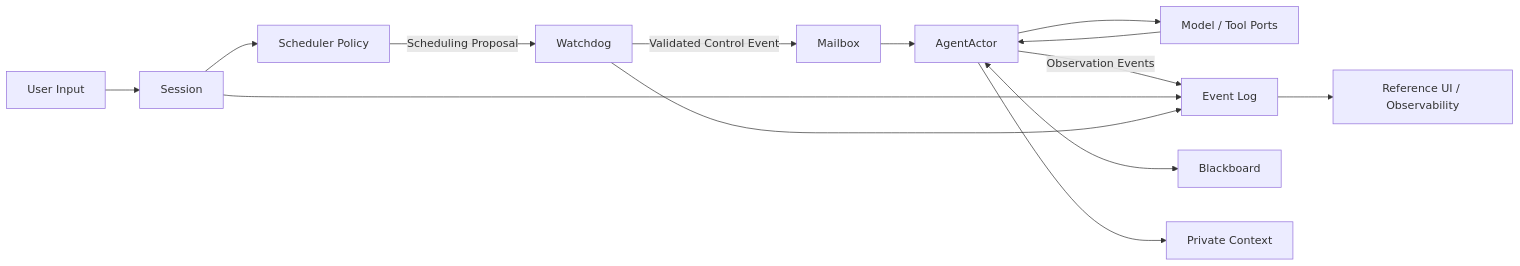
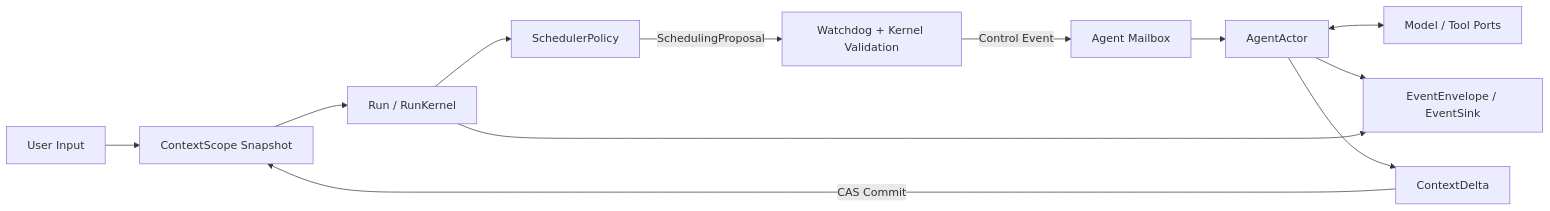
One commit to Haiyang-Bian/bottled-water changed the diagram in docs/runtime/architecture.md. Above: the diagram before and after it, drawn with Mermaid. The commit also changed other lines of this file and 13 other files, not shown here.

````diff
--- a/docs/runtime/architecture.md
+++ b/docs/runtime/architecture.md
@@ -22,16 +35,14 @@
 ```mermaid
 flowchart LR
-    U["User Input"] --> S["Session"]
-    S --> P["Scheduler Policy"]
-    P -->|"Scheduling Proposal"| W["Watchdog"]
-    W -->|"Validated Control Event"| M["Mailbox"]
+    U["User Input"] --> C["ContextScope Snapshot"]
+    C --> R["Run / RunKernel"]
+    R --> P["SchedulerPolicy"]
+    P -->|"SchedulingProposal"| W["Watchdog + Kernel Validation"]
+    W -->|"Control Event"| M["Agent Mailbox"]
     M --> A["AgentActor"]
-    A --> X["Model / Tool Ports"]
-    X --> A
-    A -->|"Observation Events"| E["Event Log"]
-    S --> E
-    W --> E
-    A <--> B["Blackboard"]
-    A --> C["Private Context"]
-    E --> O["Reference UI / Observability"]
+    A <--> X["Model / Tool Ports"]
+    A --> E["EventEnvelope / EventSink"]
+    R --> E
+    A --> D["ContextDelta"]
+    D -->|"CAS Commit"| C
 ```
````
